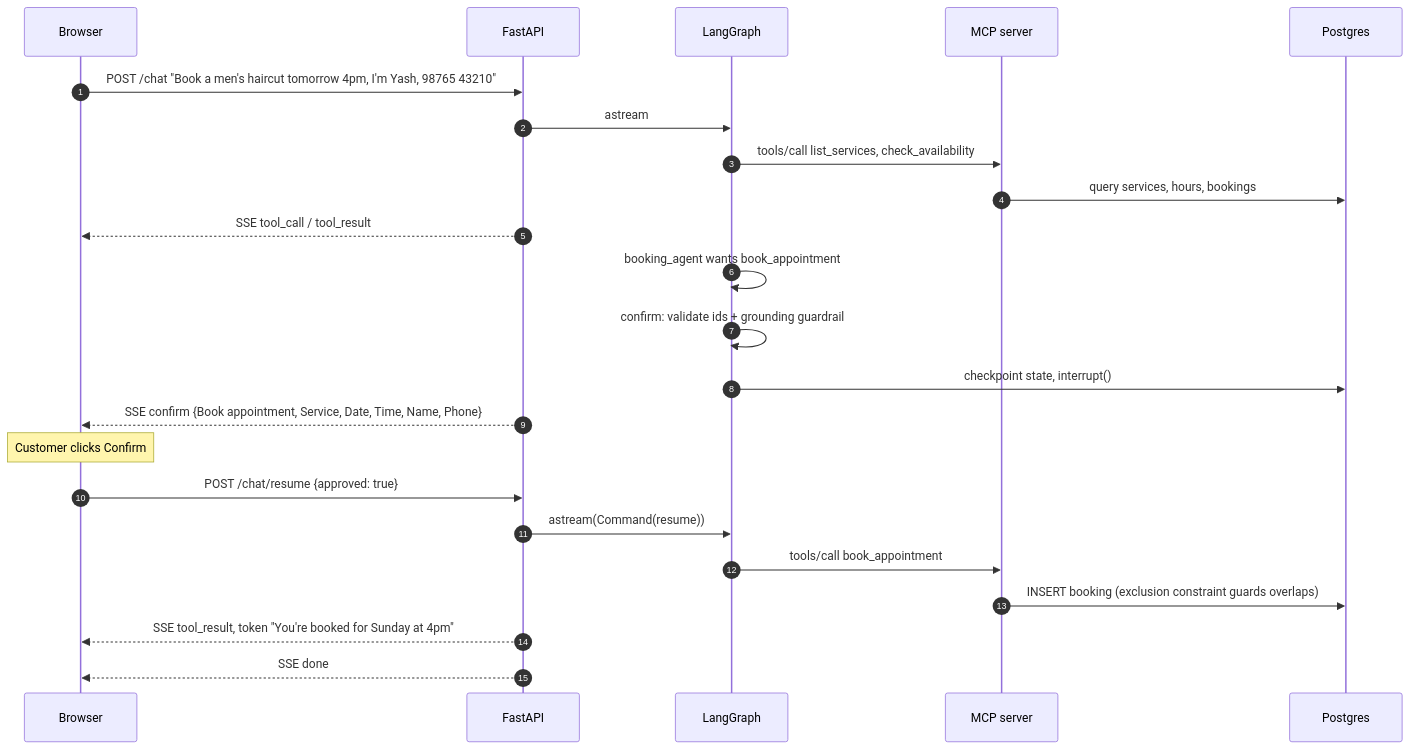
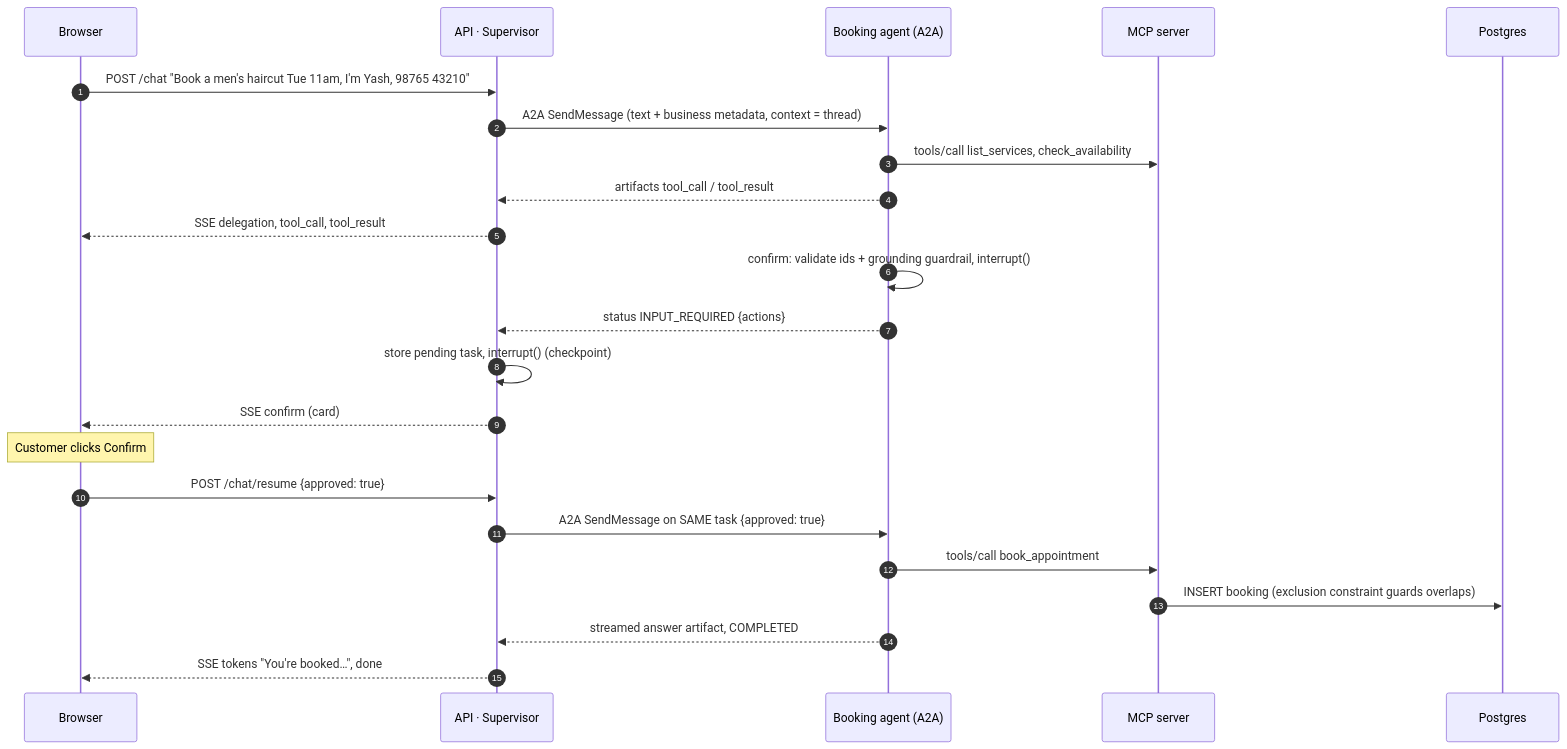
The seventh of 9 diagrams in docs/ARCHITECTURE.md (yash6388/voxdesk), drawn with Mermaid before and after one commit. The commit also changed other lines of this file and 40 other files, not shown here.

First line of the commit message:
feat: A2A specialist agents with supervisor delegation

````diff
--- a/docs/ARCHITECTURE.md
+++ b/docs/ARCHITECTURE.md
@@ -208,26 +228,26 @@
 ```mermaid
 sequenceDiagram
     autonumber
     participant B as Browser
-    participant A as FastAPI
-    participant G as LangGraph
+    participant S as API · Supervisor
+    participant A as Booking agent (A2A)
     participant M as MCP server
     participant P as Postgres
 
-    B->>A: POST /chat "Book a men's haircut tomorrow 4pm, I'm Yash, 98765 43210"
-    A->>G: astream
-    G->>M: tools/call list_services, check_availability
-    M->>P: query services, hours, bookings
-    A-->>B: SSE tool_call / tool_result
-    G->>G: booking_agent wants book_appointment
-    G->>G: confirm: validate ids + grounding guardrail
-    G->>P: checkpoint state, interrupt()
-    A-->>B: SSE confirm {Book appointment, Service, Date, Time, Name, Phone}
+    B->>S: POST /chat "Book a men's haircut Tue 11am, I'm Yash, 98765 43210"
+    S->>A: A2A SendMessage (text + business metadata, context = thread)
+    A->>M: tools/call list_services, check_availability
+    A-->>S: artifacts tool_call / tool_result
+    S-->>B: SSE delegation, tool_call, tool_result
+    A->>A: confirm: validate ids + grounding guardrail, interrupt()
+    A-->>S: status INPUT_REQUIRED {actions}
+    S->>S: store pending task, interrupt() (checkpoint)
+    S-->>B: SSE confirm (card)
     Note over B: Customer clicks Confirm
-    B->>A: POST /chat/resume {approved: true}
-    A->>G: astream(Command(resume))
-    G->>M: tools/call book_appointment
+    B->>S: POST /chat/resume {approved: true}
+    S->>A: A2A SendMessage on SAME task {approved: true}
+    A->>M: tools/call book_appointment
     M->>P: INSERT booking (exclusion constraint guards overlaps)
-    A-->>B: SSE tool_result, token "You're booked for Sunday at 4pm"
-    A-->>B: SSE done
+    A-->>S: streamed answer artifact, COMPLETED
+    S-->>B: SSE tokens "You're booked…", done
 ```
````
